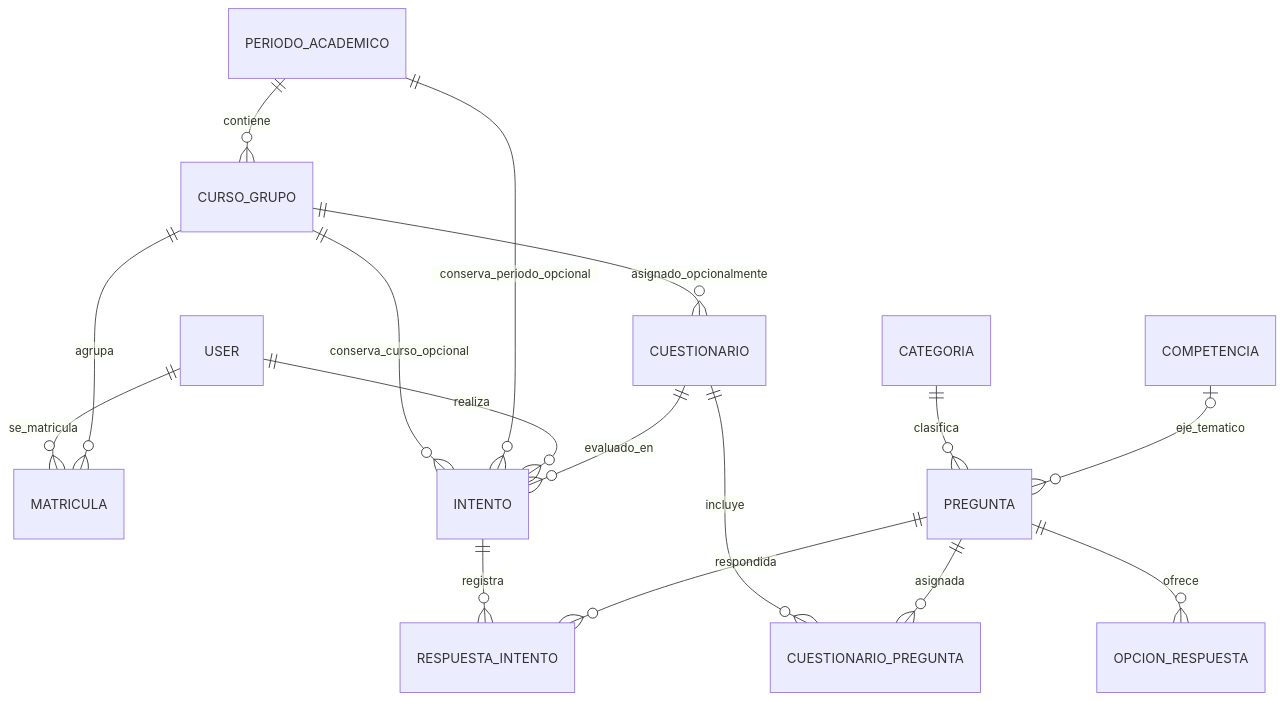
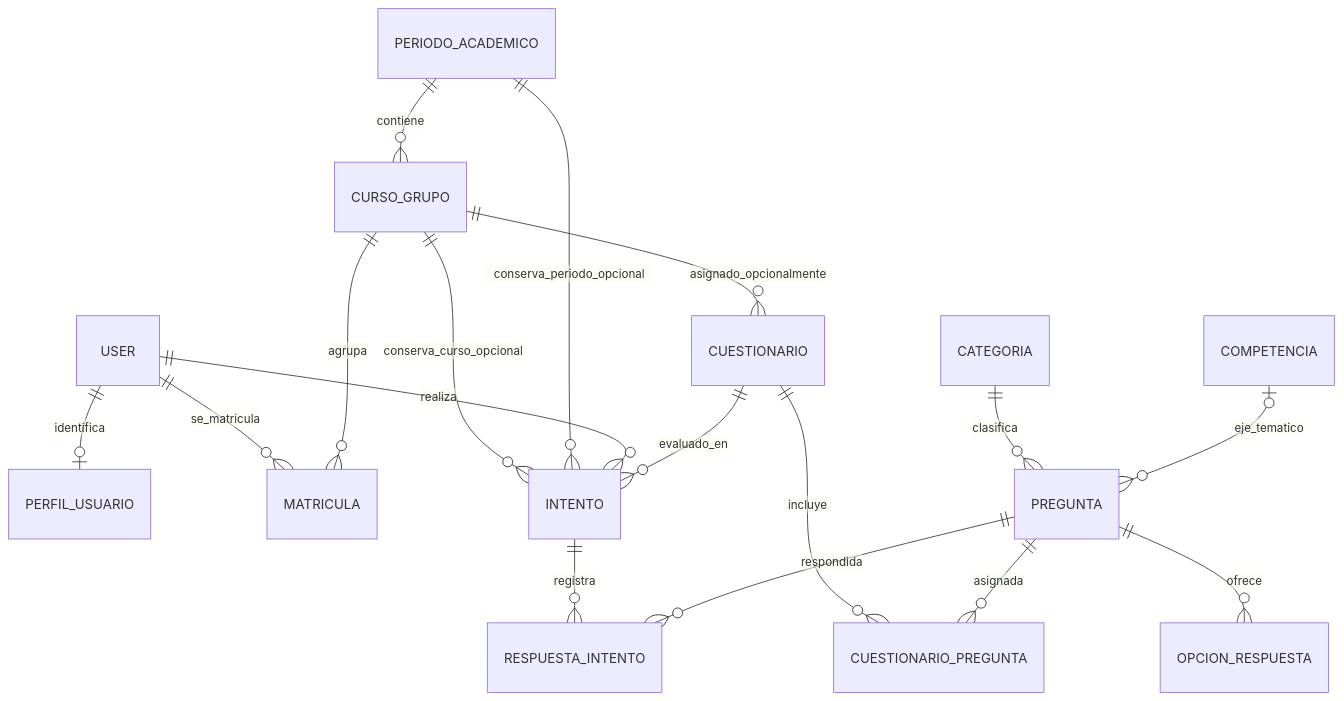
One commit to HaroldM126/Avances_TyT changed the diagram in docs/ESQUEMA_MODELOS.md. Above: the diagram before and after it, drawn with Mermaid. The commit also changed other lines of this file and 24 other files, not shown here.

````diff
--- a/docs/ESQUEMA_MODELOS.md
+++ b/docs/ESQUEMA_MODELOS.md
@@ -42,18 +44,19 @@
 ```mermaid
 erDiagram
+    USER ||--o| PERFIL_USUARIO : identifica
     USER ||--o{ MATRICULA : se_matricula
     CURSO_GRUPO ||--o{ MATRICULA : agrupa
     PERIODO_ACADEMICO ||--o{ CURSO_GRUPO : contiene
     CURSO_GRUPO ||--o{ CUESTIONARIO : asignado_opcionalmente
     CURSO_GRUPO ||--o{ INTENTO : conserva_curso_opcional
     PERIODO_ACADEMICO ||--o{ INTENTO : conserva_periodo_opcional
     USER ||--o{ INTENTO : realiza
     CUESTIONARIO ||--o{ INTENTO : evaluado_en
     CUESTIONARIO ||--o{ CUESTIONARIO_PREGUNTA : incluye
     PREGUNTA ||--o{ CUESTIONARIO_PREGUNTA : asignada
     INTENTO ||--o{ RESPUESTA_INTENTO : registra
     PREGUNTA ||--o{ RESPUESTA_INTENTO : respondida
     PREGUNTA ||--o{ OPCION_RESPUESTA : ofrece
     CATEGORIA ||--o{ PREGUNTA : clasifica
     COMPETENCIA o|--o{ PREGUNTA : eje_tematico
 ```
````
